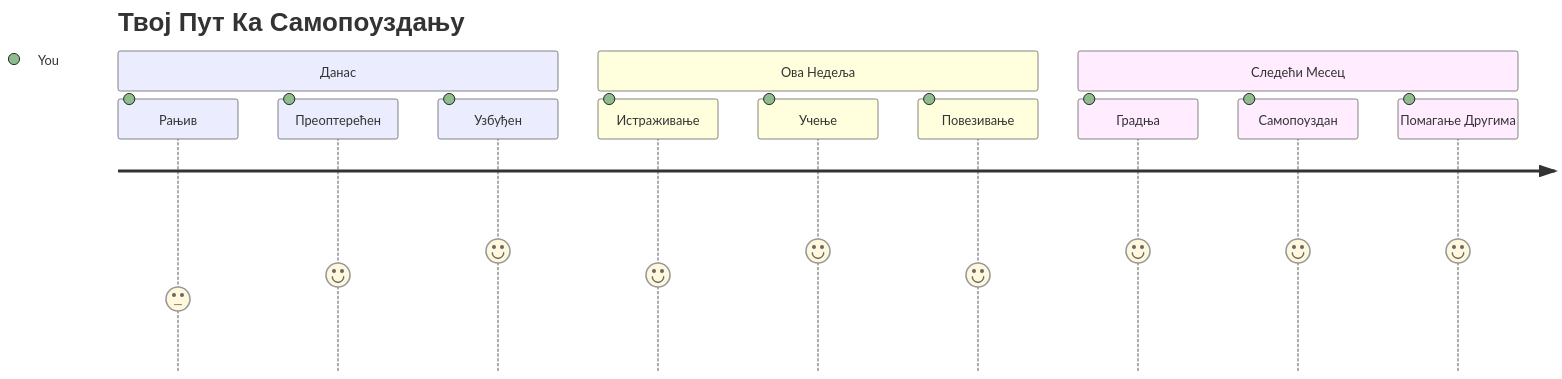
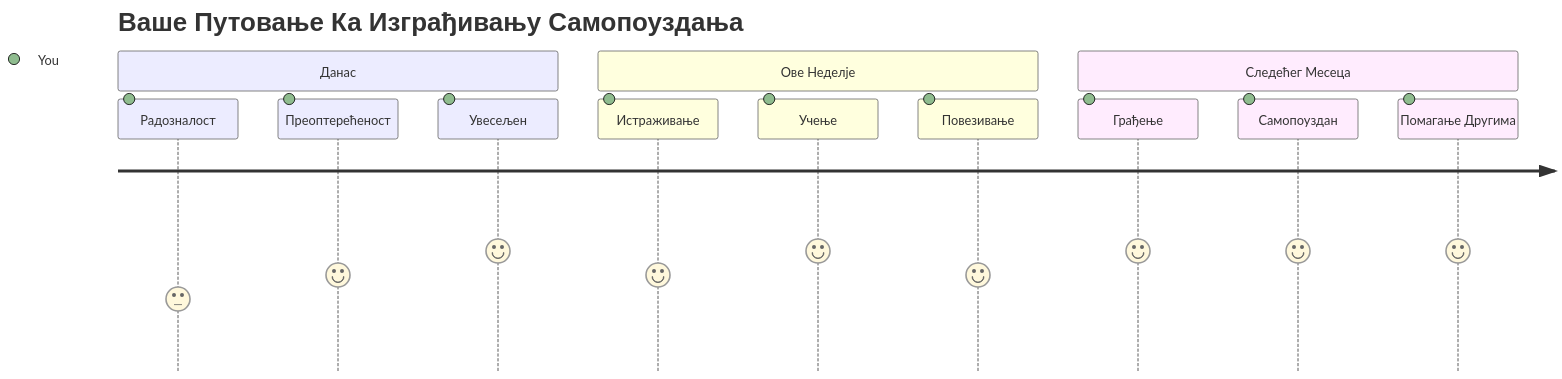
The seventh of 7 diagrams in translations/sr/1-getting-started-lessons/1-intro-to-programming-languages/README.md (microsoft/Web-Dev-For-Beginners), drawn with Mermaid before and after one commit. The commit also changed other lines of this file and 8 other files, not shown here.

````diff
--- a/translations/sr/1-getting-started-lessons/1-intro-to-programming-languages/README.md
+++ b/translations/sr/1-getting-started-lessons/1-intro-to-programming-languages/README.md
@@ -833,16 +831,16 @@
 ```mermaid
 journey
-    title Твој Пут Ка Самопоуздању
+    title Ваше Путовање Ка Изграђивању Самопоуздања
     section Данас
-      Рањив: 3: You
-      Преоптерећен: 4: You
-      Узбуђен: 5: You
-    section Ова Недеља
+      Радозналост: 3: You
+      Преоптерећеност: 4: You
+      Увесељен: 5: You
+    section Ове Неделје
       Истраживање: 4: You
       Учење: 5: You
       Повезивање: 4: You
-    section Следећи Месец
-      Градња: 5: You
+    section Следећег Месеца
+      Грађење: 5: You
       Самопоуздан: 5: You
       Помагање Другима: 5: You
 ```
````
